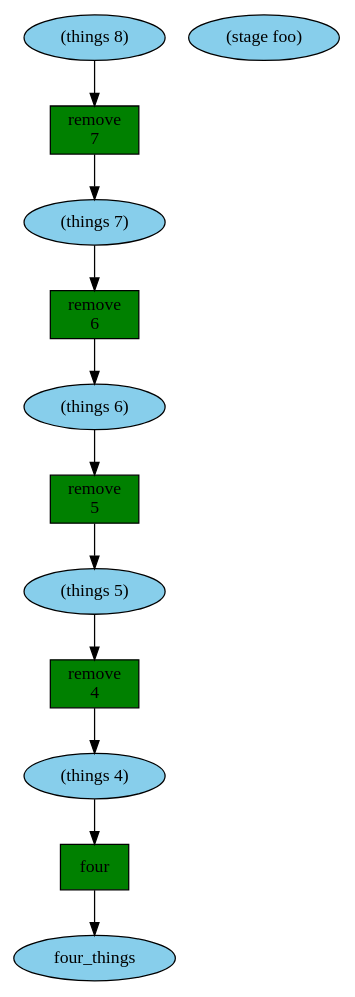
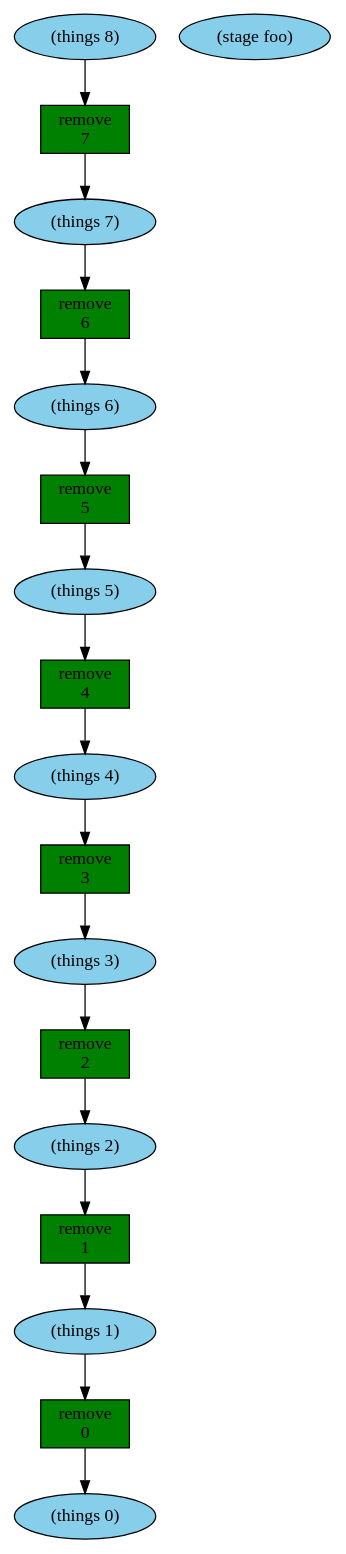
One commit to JulianDeclercq/Serious-Games-Thesis changed the diagram in Thesis/trace.dot. Above: the diagram before and after it, drawn with Graphviz. The commit also changed 8 other files, not shown here.

```diff
--- a/Thesis/trace.dot
+++ b/Thesis/trace.dot
@@ -1,24 +1,36 @@
 digraph {
 x1 [style=filled,fillcolor=skyblue,label="(things 8)"];
 x0 [style=filled,fillcolor=skyblue,label="(stage foo)"];
 t0 [shape=box,style=filled,fillcolor=green,label="remove\n7"];
 x2 [style=filled,fillcolor=skyblue,label="(things 7)"];
 x1 -> t0;
 t0 -> x2;
 t1 [shape=box,style=filled,fillcolor=green,label="remove\n6"];
 x3 [style=filled,fillcolor=skyblue,label="(things 6)"];
 x2 -> t1;
 t1 -> x3;
 t2 [shape=box,style=filled,fillcolor=green,label="remove\n5"];
 x4 [style=filled,fillcolor=skyblue,label="(things 5)"];
 x3 -> t2;
 t2 -> x4;
 t3 [shape=box,style=filled,fillcolor=green,label="remove\n4"];
 x5 [style=filled,fillcolor=skyblue,label="(things 4)"];
 x4 -> t3;
 t3 -> x5;
-t4 [shape=box,style=filled,fillcolor=green,label="four\n"];
-x6 [style=filled,fillcolor=skyblue,label="four_things"];
+t4 [shape=box,style=filled,fillcolor=green,label="remove\n3"];
+x6 [style=filled,fillcolor=skyblue,label="(things 3)"];
 x5 -> t4;
 t4 -> x6;
+t5 [shape=box,style=filled,fillcolor=green,label="remove\n2"];
+x7 [style=filled,fillcolor=skyblue,label="(things 2)"];
+x6 -> t5;
+t5 -> x7;
+t6 [shape=box,style=filled,fillcolor=green,label="remove\n1"];
+x8 [style=filled,fillcolor=skyblue,label="(things 1)"];
+x7 -> t6;
+t6 -> x8;
+t7 [shape=box,style=filled,fillcolor=green,label="remove\n0"];
+x9 [style=filled,fillcolor=skyblue,label="(things 0)"];
+x8 -> t7;
+t7 -> x9;
 }
```
